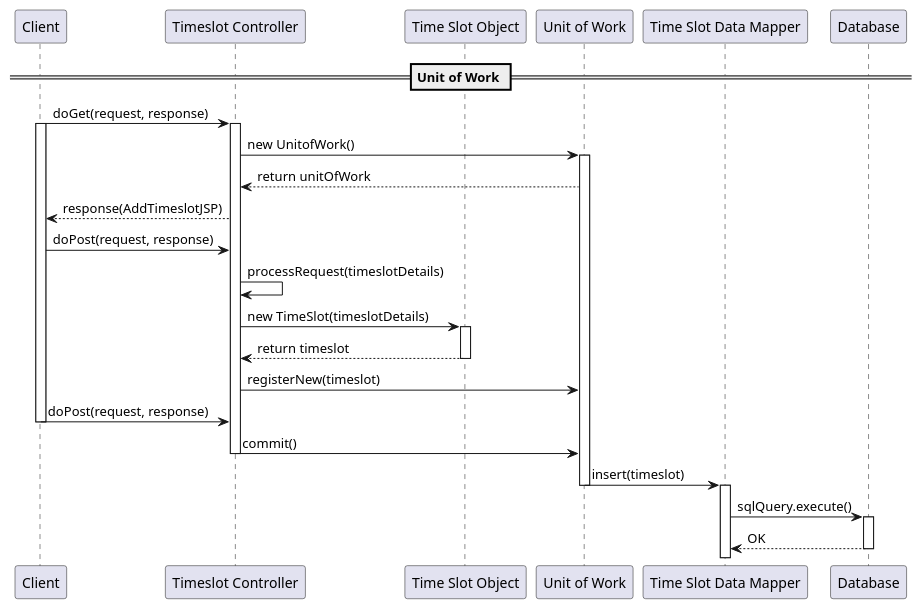
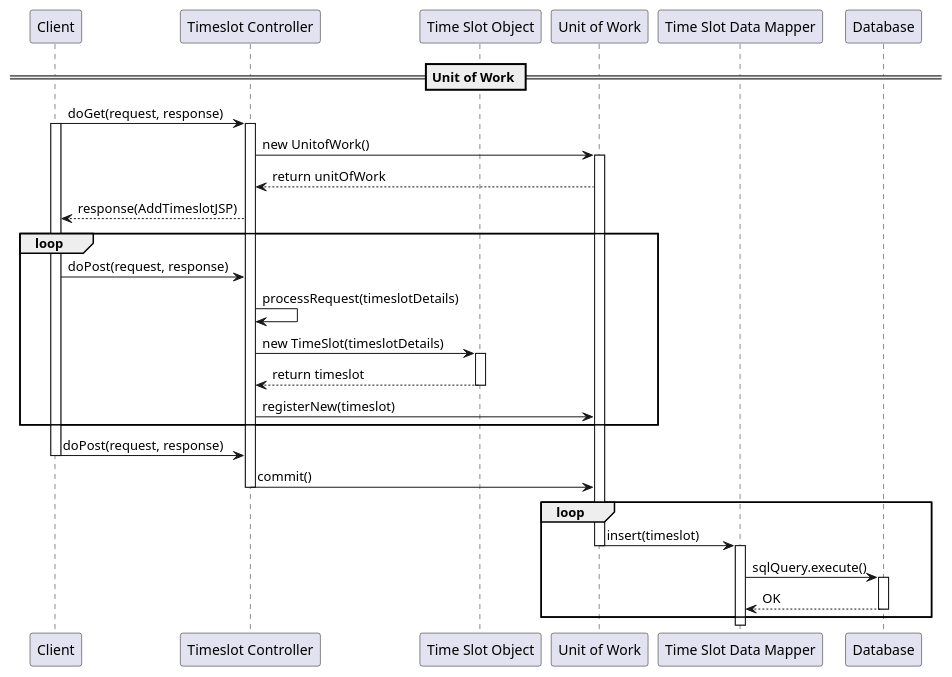
One commit to SWEN900072021/Covid19BookingSystem changed the diagram in docs/part2/UoWSequenceDiagram.puml. Above: the diagram before and after it, drawn with PlantUML.

Commit message:
Added loop to sequence diagram

```diff
--- a/docs/part2/UoWSequenceDiagram.puml
+++ b/docs/part2/UoWSequenceDiagram.puml
@@ -1,50 +1,55 @@
 @startuml
 'https://plantuml.com/sequence-diagram
 
 skinparam linetype polyline
 
 participant "Client" as Client
 participant "Timeslot Controller" as ATS_Controller
 participant "Time Slot Object" as TS
 participant "Unit of Work" as UoW
 participant "Time Slot Data Mapper" as TS_Mapper
 participant "Database" as DB
 
 
 
 == Unit of Work ==
 Client -> ATS_Controller: doGet(request, response)
 activate Client
 activate ATS_Controller
 ATS_Controller -> UoW: new UnitofWork()
 activate UoW
 UoW --> ATS_Controller: return unitOfWork
 ATS_Controller --> Client: response(AddTimeslotJSP)
 
+loop
 Client -> ATS_Controller: doPost(request, response)
 ATS_Controller -> ATS_Controller: processRequest(timeslotDetails)
 ATS_Controller -> TS: new TimeSlot(timeslotDetails)
 activate TS
 TS --> ATS_Controller: return timeslot
 deactivate TS
 ATS_Controller -> UoW: registerNew(timeslot)
+end
 
 Client -> ATS_Controller: doPost(request, response)
 deactivate Client
 ATS_Controller -> UoW: commit()
 deactivate ATS_Controller
+
+loop
 UoW -> TS_Mapper: insert(timeslot)
 deactivate UoW
 activate TS_Mapper
 TS_Mapper -> DB: sqlQuery.execute()
 activate DB
 DB --> TS_Mapper : OK
 deactivate DB
+end
 
 
 
 
 
 
 
 @enduml
```
